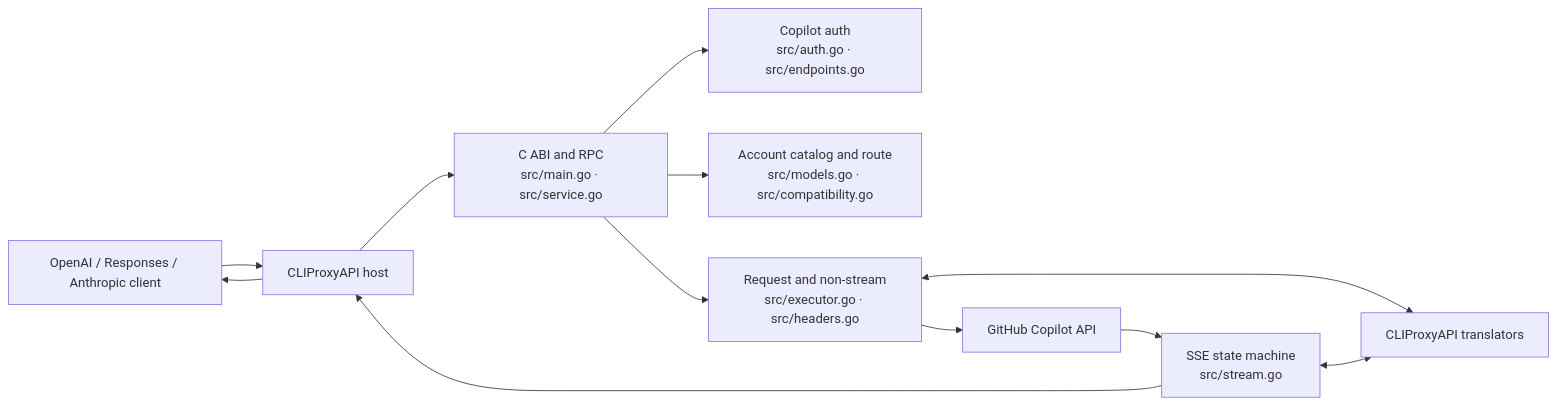
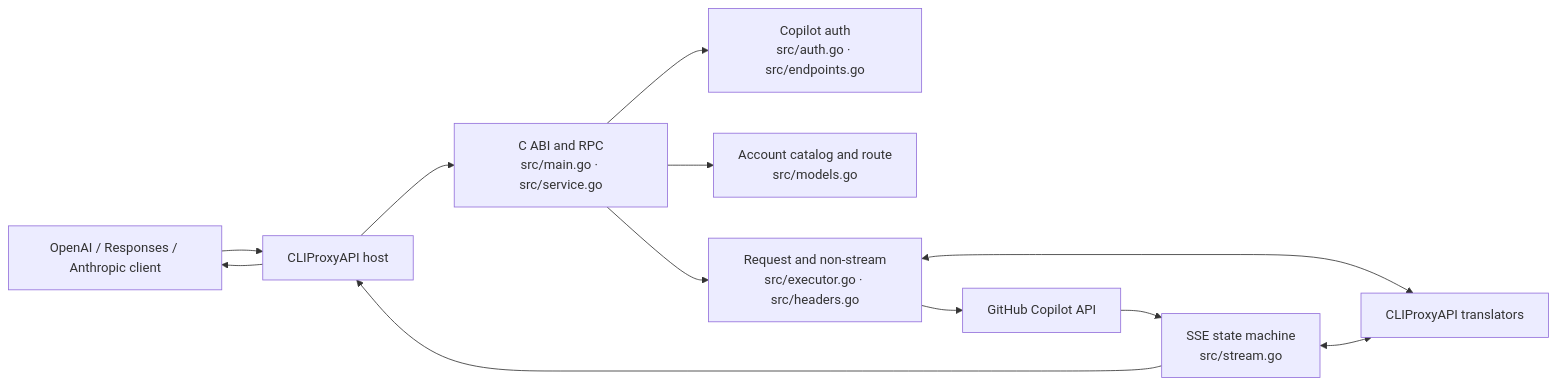
One commit to 1oo1/cpa-github-copilot changed the first of 2 diagrams in CURRENT_PLUGIN_ARCHITECTURE.md. Above: the diagram before and after it, drawn with Mermaid. The commit also changed other lines of this file and 19 other files, not shown here.

````diff
--- a/CURRENT_PLUGIN_ARCHITECTURE.md
+++ b/CURRENT_PLUGIN_ARCHITECTURE.md
@@ -24,22 +24,22 @@
 ```mermaid
 flowchart LR
     Client[OpenAI / Responses / Anthropic client]
     Host[CLIProxyAPI host]
     ABI[C ABI and RPC\nsrc/main.go · src/service.go]
     Auth[Copilot auth\nsrc/auth.go · src/endpoints.go]
-    Models[Account catalog and route\nsrc/models.go · src/compatibility.go]
+    Models[Account catalog and route\nsrc/models.go]
     Exec[Request and non-stream\nsrc/executor.go · src/headers.go]
     Stream[SSE state machine\nsrc/stream.go]
     SDK[CLIProxyAPI translators]
     CAPI[GitHub Copilot API]
 
     Client --> Host --> ABI
     ABI --> Auth
     ABI --> Models
     ABI --> Exec
     Exec <--> SDK
     Exec --> CAPI
     CAPI --> Stream
     Stream <--> SDK
     Stream --> Host --> Client
 ```
````
